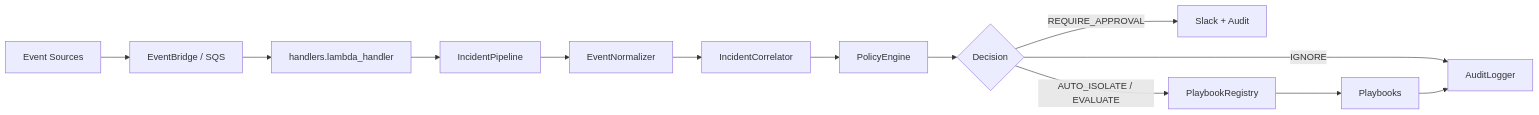
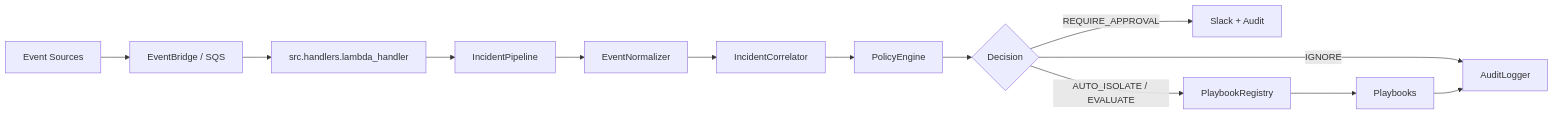
Before and after one commit to thtcsec/AWS-Serverless-SOAR: the first of 3 diagrams in README.md, drawn with Mermaid. The commit also changed other lines of this file and 4 other files, not shown here.

````diff
--- a/README.md
+++ b/README.md
@@ -21,15 +21,15 @@
 ```mermaid
 flowchart LR
     A[Event Sources] --> B[EventBridge / SQS]
-    B --> C[handlers.lambda_handler]
+    B --> C[src.handlers.lambda_handler]
     C --> D[IncidentPipeline]
     D --> E[EventNormalizer]
     E --> F[IncidentCorrelator]
     F --> G[PolicyEngine]
     G --> H{Decision}
     H -->|IGNORE| I[AuditLogger]
     H -->|REQUIRE_APPROVAL| J[Slack + Audit]
     H -->|AUTO_ISOLATE / EVALUATE| K[PlaybookRegistry]
     K --> L[Playbooks]
     L --> I
 ```
````
